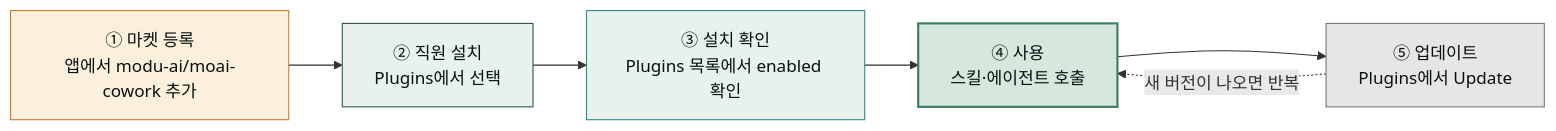
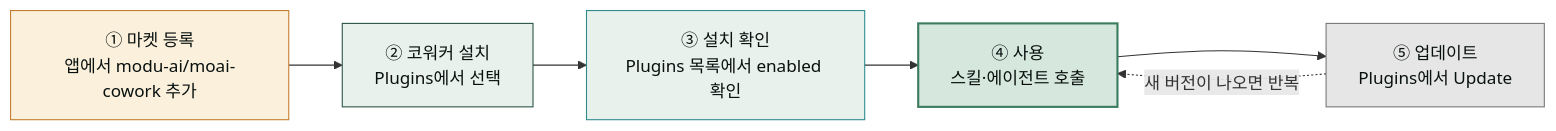
Before and after one commit to modu-ai/cowork-plugins: the diagram in www/content/plugins/_index.md, drawn with Mermaid. The commit also changed other lines of this file and 152 other files, not shown here.

First line of the commit message:
revert(plugins): 유튜버 코워커·moai-mcp-youtube 서버 철회

````diff
--- a/www/content/plugins/_index.md
+++ b/www/content/plugins/_index.md
@@ -22,14 +22,14 @@
 ```mermaid
 flowchart LR
-   A["① 마켓 등록<br/>앱에서 modu-ai/moai-cowork 추가"] --> B["② 직원 설치<br/>Plugins에서 선택"]
+   A["① 마켓 등록<br/>앱에서 modu-ai/moai-cowork 추가"] --> B["② 코워커 설치<br/>Plugins에서 선택"]
    B --> C["③ 설치 확인<br/>Plugins 목록에서 enabled 확인"]
    C --> D["④ 사용<br/>스킬·에이전트 호출"]
    D --> E["⑤ 업데이트<br/>Plugins에서 Update"]
    E -. 새 버전이 나오면 반복 .-> D
 
    style A fill:#fbf0dc,stroke:#c47b2a,color:#09110f
    style B fill:#e8f1ec,stroke:#265240,color:#09110f
    style C fill:#e8f1ec,stroke:#2a8a8c,color:#09110f
    style D fill:#d6e7de,stroke:#3d7d5f,stroke-width:2px,color:#09110f
    style E fill:#e6e6e6,stroke:#757575,color:#09110f
 ```
````
